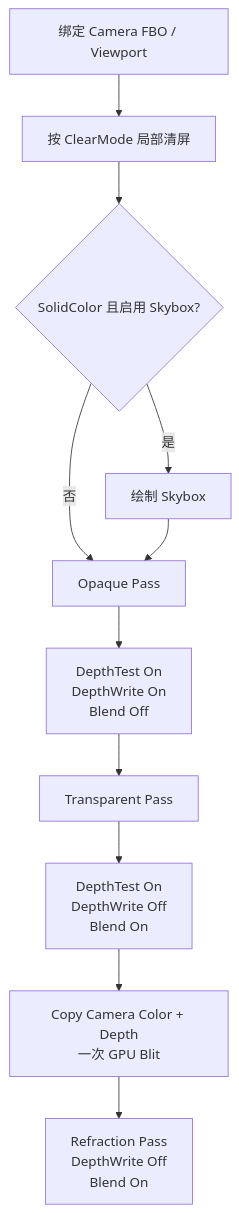
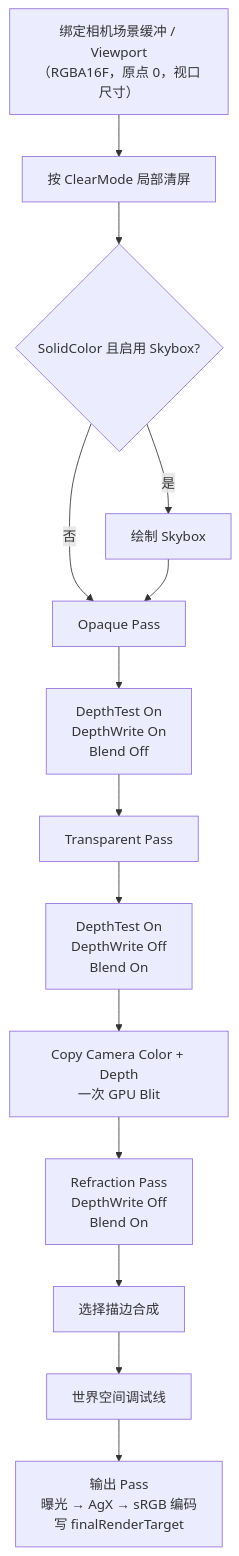
The second of 2 diagrams in Docs/RenderingPipeline.md (REW-Z/orbeden), drawn with Mermaid before and after one commit. The commit also changed other lines of this file and 105 other files, not shown here.

````diff
--- a/Docs/RenderingPipeline.md
+++ b/Docs/RenderingPipeline.md
@@ -97,13 +99,16 @@
 ```mermaid
 flowchart TD
-    A["绑定 Camera FBO / Viewport"] --> B["按 ClearMode 局部清屏"]
+    A["绑定相机场景缓冲 / Viewport\n（RGBA16F，原点 0，视口尺寸）"] --> B["按 ClearMode 局部清屏"]
     B --> C{"SolidColor 且启用 Skybox?"}
     C -- 是 --> D["绘制 Skybox"]
     C -- 否 --> E["Opaque Pass"]
     D --> E
     E --> F["DepthTest On\nDepthWrite On\nBlend Off"]
     F --> G["Transparent Pass"]
     G --> H["DepthTest On\nDepthWrite Off\nBlend On"]
     H --> I["Copy Camera Color + Depth\n一次 GPU Blit"]
     I --> J["Refraction Pass\nDepthWrite Off\nBlend On"]
+    J --> K["选择描边合成"]
+    K --> L["世界空间调试线"]
+    L --> M["输出 Pass\n曝光 → AgX → sRGB 编码\n写 finalRenderTarget"]
 ```
````
